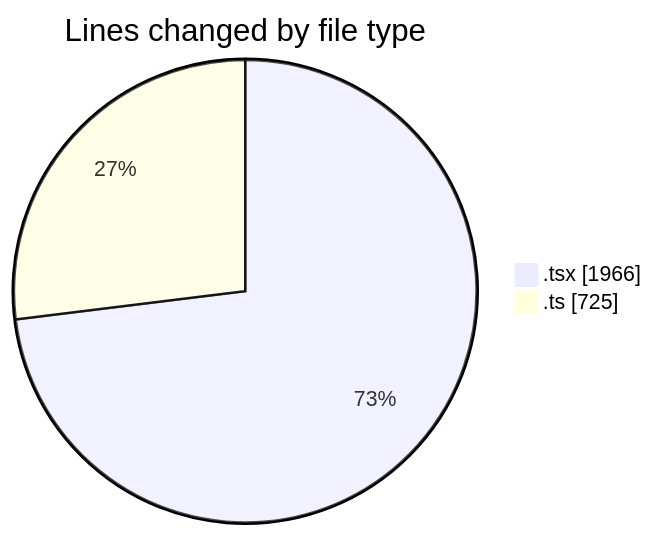
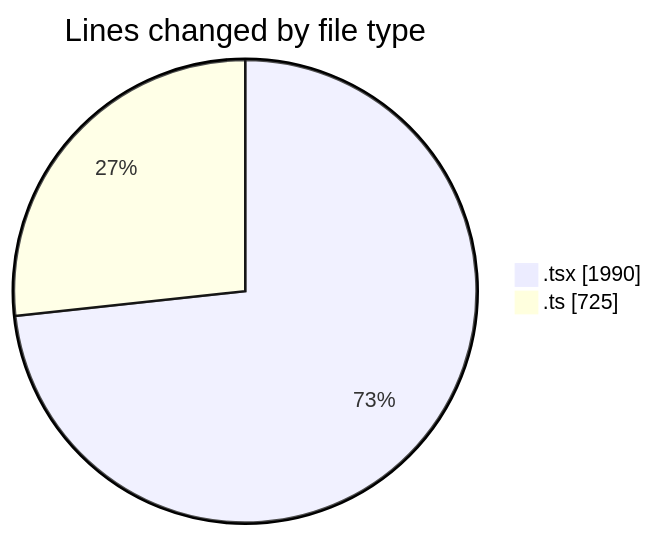
Before and after one commit to nxtqubesakshisongat/code-tracking: the first of 2 diagrams in 2026-02-18/nxtqube_webapp/README.md, drawn with Mermaid. The commit also changed other lines of this file and 1 other file, not shown here.

````diff
--- a/2026-02-18/nxtqube_webapp/README.md
+++ b/2026-02-18/nxtqube_webapp/README.md
@@ -25,6 +25,6 @@
 ```mermaid
 pie showData
 title Lines changed by file type
-".tsx" : 1966
+".tsx" : 1990
 ".ts" : 725
 ```
````
